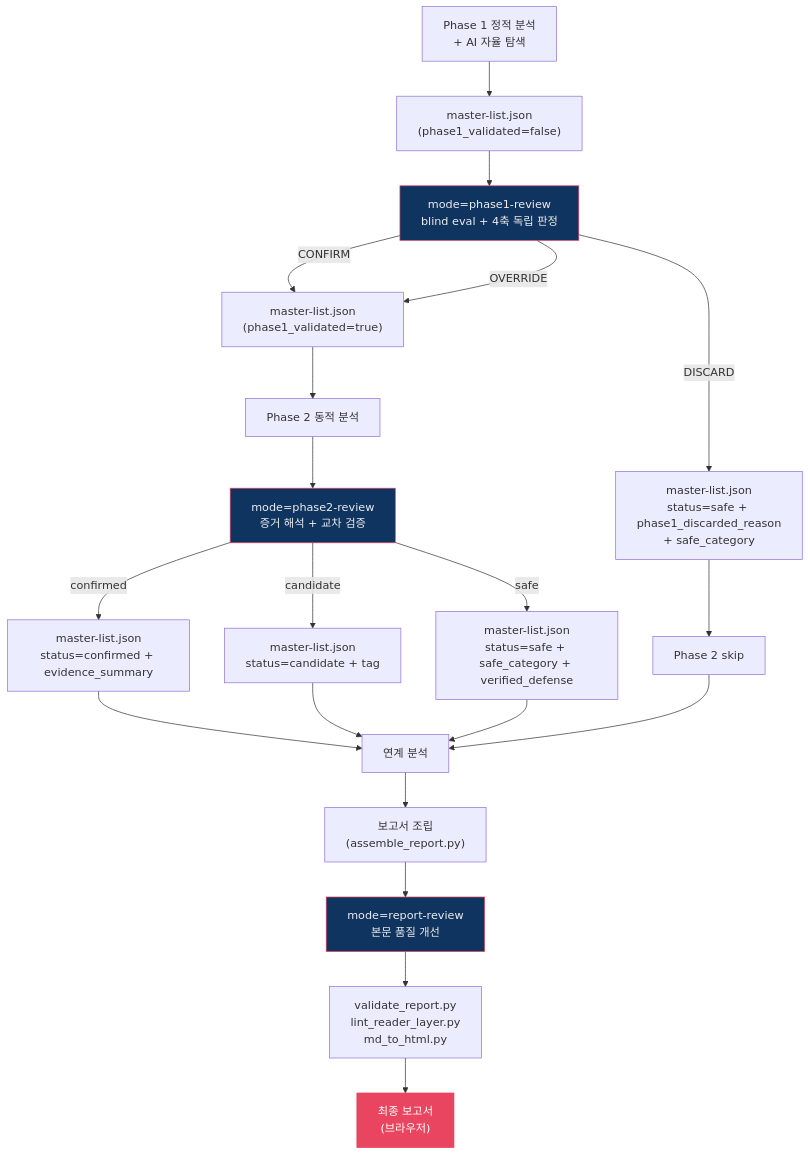
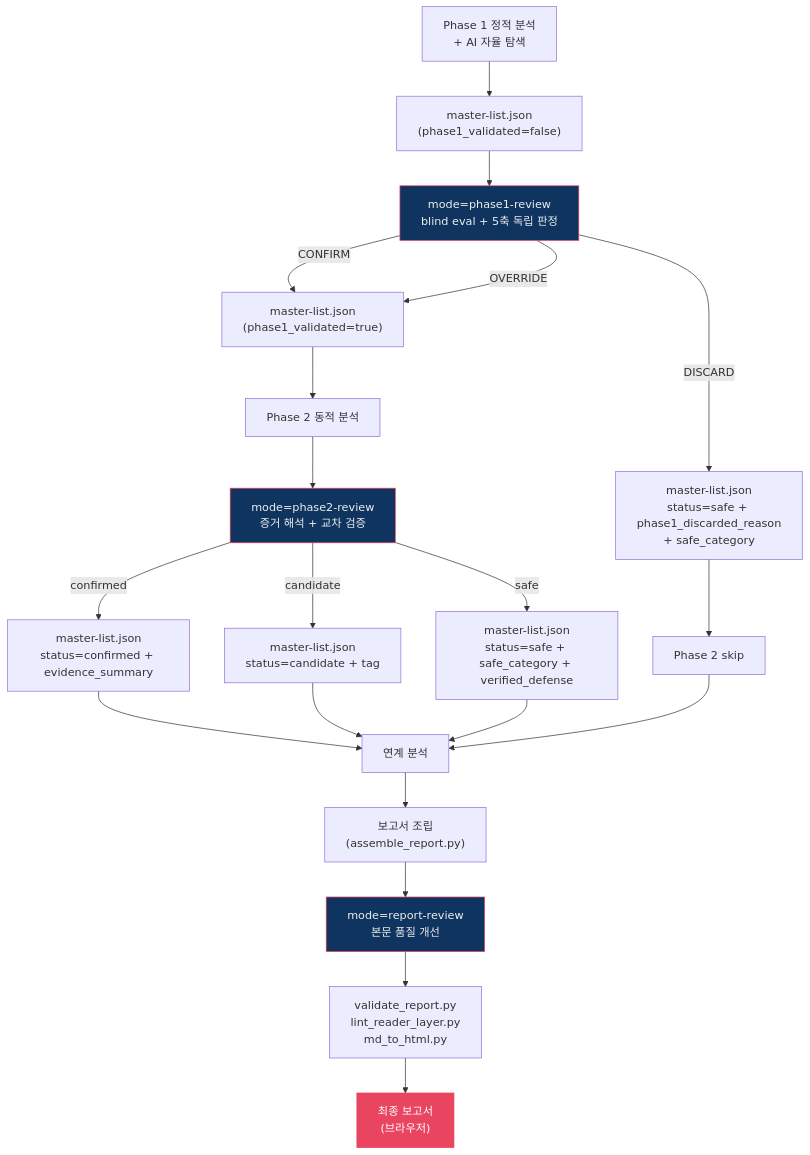
Before and after one commit to nomarlhack/noah-sast: the diagram in skills/sast/docs/review-modes.md, drawn with Mermaid. The commit also changed other lines of this file and 3 other files, not shown here.

````diff
--- a/skills/sast/docs/review-modes.md
+++ b/skills/sast/docs/review-modes.md
@@ -15,32 +15,32 @@
 ```mermaid
 flowchart TD
     P1["Phase 1 정적 분석\n+ AI 자율 탐색"]
     P1 --> ML1["master-list.json\n(phase1_validated=false)"]
-    ML1 --> EP1["mode=phase1-review\nblind eval + 4축 독립 판정"]
+    ML1 --> EP1["mode=phase1-review\nblind eval + 5축 독립 판정"]
     EP1 -->|CONFIRM| ML2["master-list.json\n(phase1_validated=true)"]
     EP1 -->|OVERRIDE| ML2
     EP1 -->|DISCARD| ML2S["master-list.json\nstatus=safe + phase1_discarded_reason\n+ safe_category"]
 
     ML2 --> P2["Phase 2 동적 분석"]
     ML2S --> Skip["Phase 2 skip"]
 
     P2 --> EV["mode=phase2-review\n증거 해석 + 교차 검증"]
     EV -->|confirmed| ML3["master-list.json\nstatus=confirmed + evidence_summary"]
     EV -->|candidate| ML3C["master-list.json\nstatus=candidate + tag"]
     EV -->|safe| ML3S["master-list.json\nstatus=safe + safe_category + verified_defense"]
 
     ML3 --> Chain["연계 분석"]
     ML3C --> Chain
     ML3S --> Chain
     Skip --> Chain
 
     Chain --> Report["보고서 조립\n(assemble_report.py)"]
     Report --> RV["mode=report-review\n본문 품질 개선"]
     RV --> ValLint["validate_report.py\nlint_reader_layer.py\nmd_to_html.py"]
     ValLint --> Final["최종 보고서\n(브라우저)"]
 
     style EP1 fill:#0f3460,stroke:#e94560,color:#eee
     style EV fill:#0f3460,stroke:#e94560,color:#eee
     style RV fill:#0f3460,stroke:#e94560,color:#eee
     style Final fill:#e94560,stroke:#e94560,color:#fff
 ```
````
